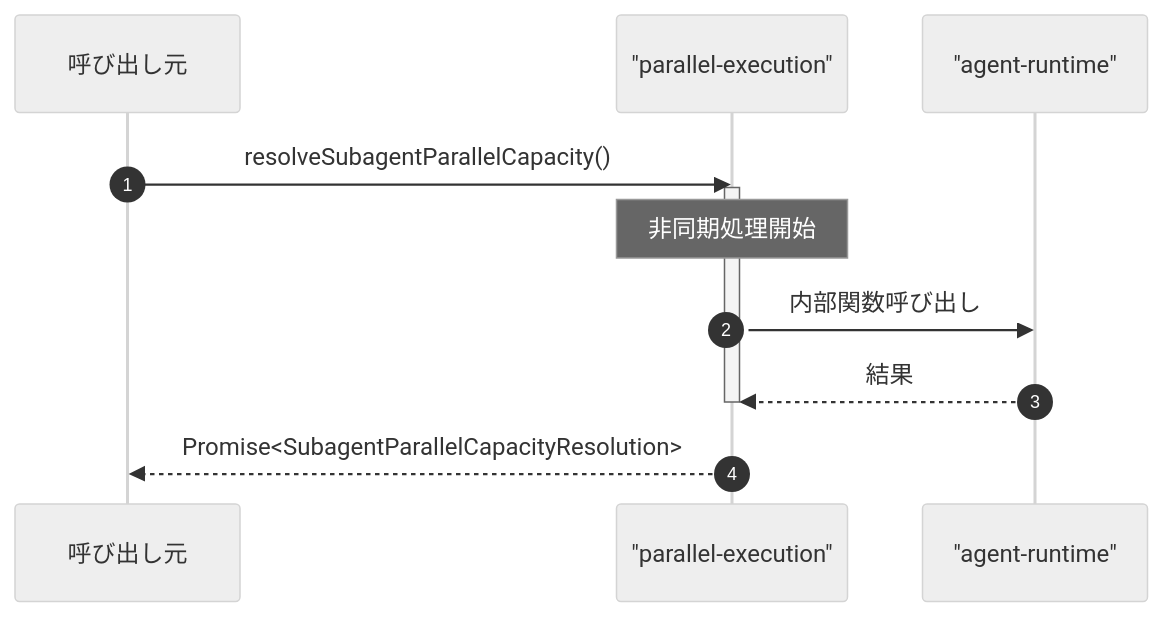
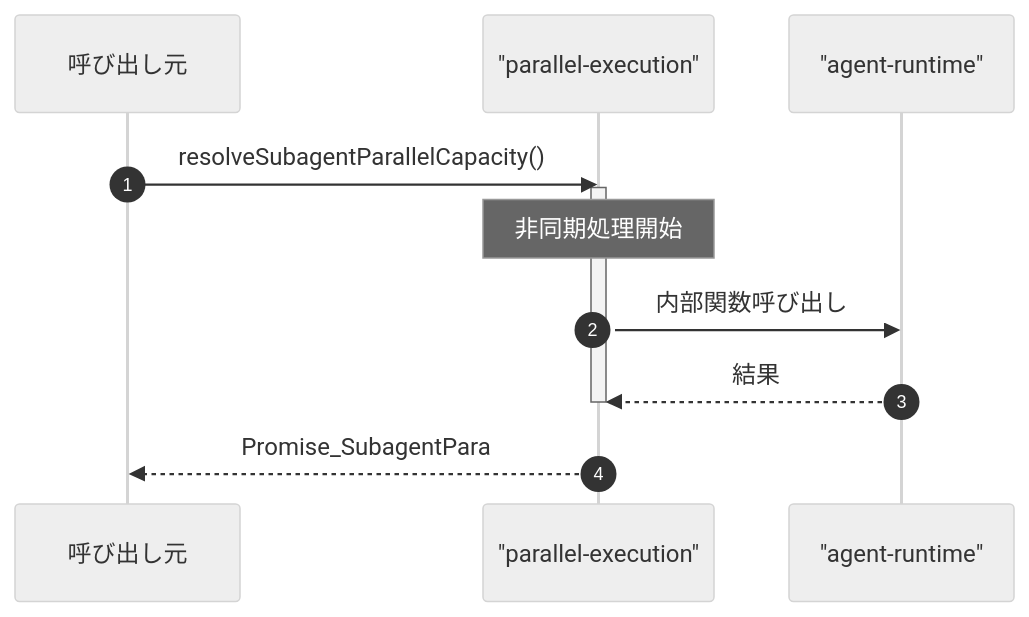
Before and after one commit to Mekann2904/mekann: the third of 3 diagrams in ABDD/.pi/extensions/subagents/parallel-execution.md, drawn with Mermaid (neutral theme). The commit also changed other lines of this file and 174 other files, not shown here.

First line of the commit message:
fix(docs): ABDDのMermaid図生成エラーを修正する

````diff
--- a/ABDD/.pi/extensions/subagents/parallel-execution.md
+++ b/ABDD/.pi/extensions/subagents/parallel-execution.md
@@ -60,15 +60,15 @@
 ```mermaid
 sequenceDiagram
   autonumber
   participant Caller as 呼び出し元
   participant parallel_execution as "parallel-execution"
   participant agent_runtime as "agent-runtime"
 
   Caller->>parallel_execution: resolveSubagentParallelCapacity()
   activate parallel_execution
   Note over parallel_execution: 非同期処理開始
   parallel_execution->>agent_runtime: 内部関数呼び出し
   agent_runtime-->>parallel_execution: 結果
   deactivate parallel_execution
-  parallel_execution-->>Caller: Promise<SubagentParallelCapacityResolution>
+  parallel_execution-->>Caller: Promise_SubagentPara
 ```
````
